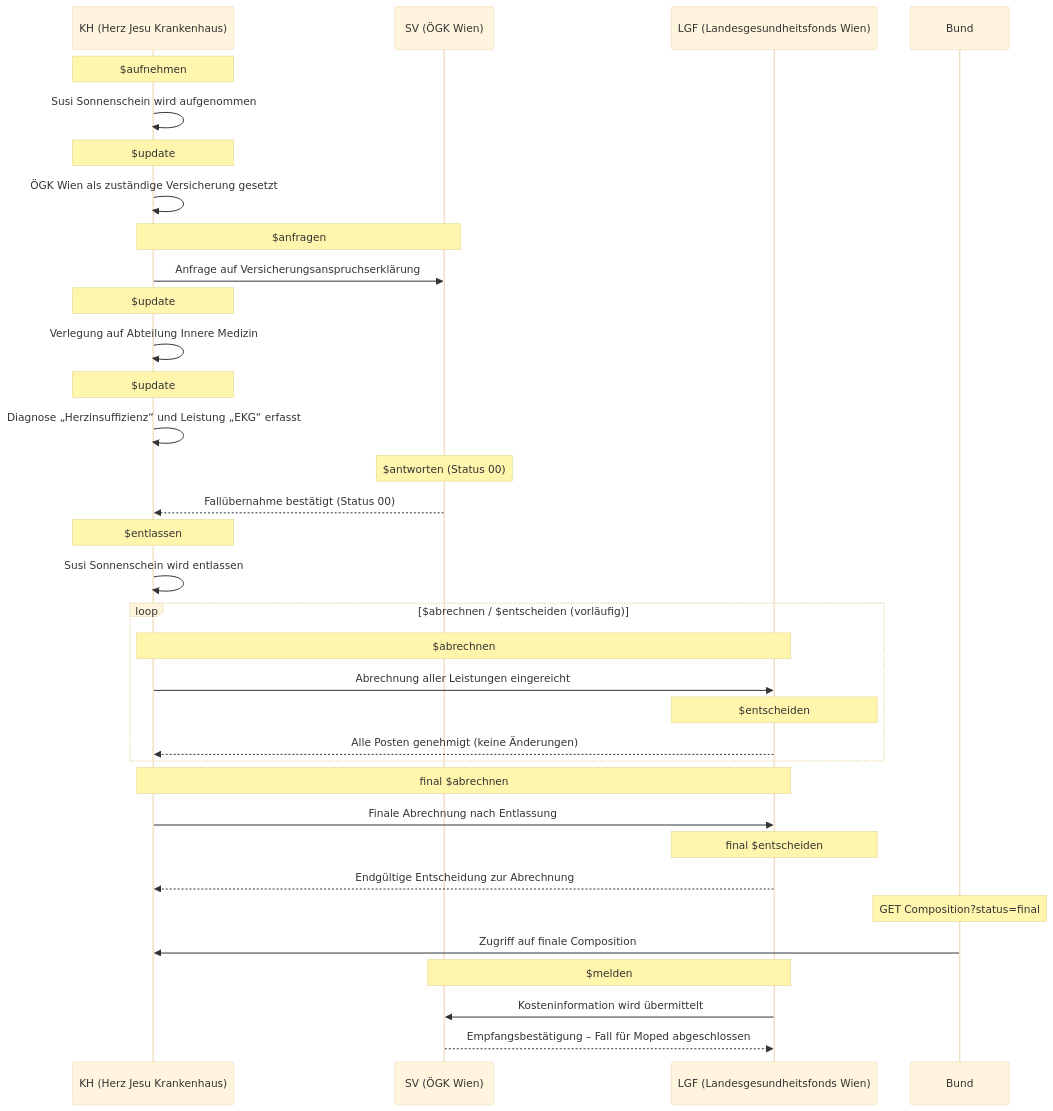
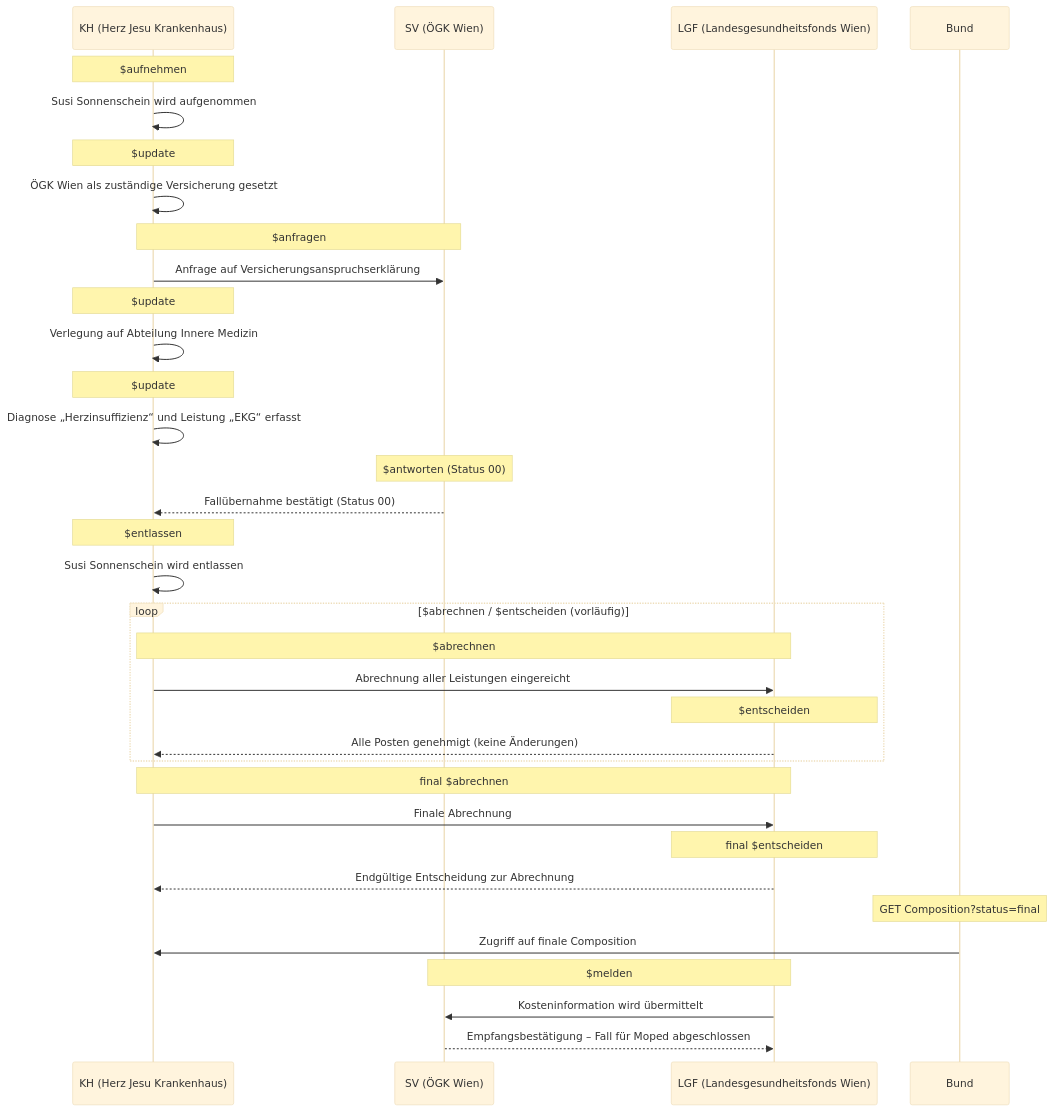
The fourth of 8 diagrams in input/pagecontent/workflowmanagement.md (HL7Austria/ELGA-MOPED-R5), drawn with Mermaid (base theme) before and after one commit. The commit also changed other lines of this file, not shown here.

```diff
--- a/input/pagecontent/workflowmanagement.md
+++ b/input/pagecontent/workflowmanagement.md
@@ -52,51 +52,51 @@
 <pre class="mermaid">
     sequenceDiagram
     participant KH as KH (Herz Jesu Krankenhaus)
     participant SV as SV (ÖGK Wien)
     participant LGF as LGF (Landesgesundheitsfonds Wien)
     participant Bund as Bund
 
     Note over KH: $aufnehmen
     KH->>KH: Susi Sonnenschein wird aufgenommen
 
     Note over KH: $update
     KH->>KH: ÖGK Wien als zuständige Versicherung gesetzt
 
     Note over KH,SV: $anfragen
     KH->>SV: Anfrage auf Versicherungsanspruchserklärung
 
     Note over KH: $update
     KH->>KH: Verlegung auf Abteilung Innere Medizin
 
     Note over KH: $update
     KH->>KH: Diagnose „Herzinsuffizienz“ und Leistung „EKG“ erfasst
 
     Note over SV: $antworten (Status 00)
     SV-->>KH: Fallübernahme bestätigt (Status 00)
 
     Note over KH: $entlassen
     KH->>KH: Susi Sonnenschein wird entlassen
 
     loop $abrechnen / $entscheiden (vorläufig)
         Note over KH,LGF: $abrechnen
         KH->>LGF: Abrechnung aller Leistungen eingereicht
 
         Note over LGF: $entscheiden
         LGF-->>KH: Alle Posten genehmigt (keine Änderungen)
     end
 
     %% Finale Abrechnung und Entscheidung
     Note over KH,LGF: final $abrechnen
-    KH->>LGF: Finale Abrechnung nach Entlassung
+    KH->>LGF: Finale Abrechnung
 
     Note over LGF: final $entscheiden
     LGF-->>KH: Endgültige Entscheidung zur Abrechnung
 
     Note over Bund: GET Composition?status=final
     Bund->>KH: Zugriff auf finale Composition
 
     Note over LGF,SV: $melden
     LGF->>SV: Kosteninformation wird übermittelt
 
     SV-->>LGF: Empfangsbestätigung – Fall für Moped abgeschlossen
 </pre>
```
